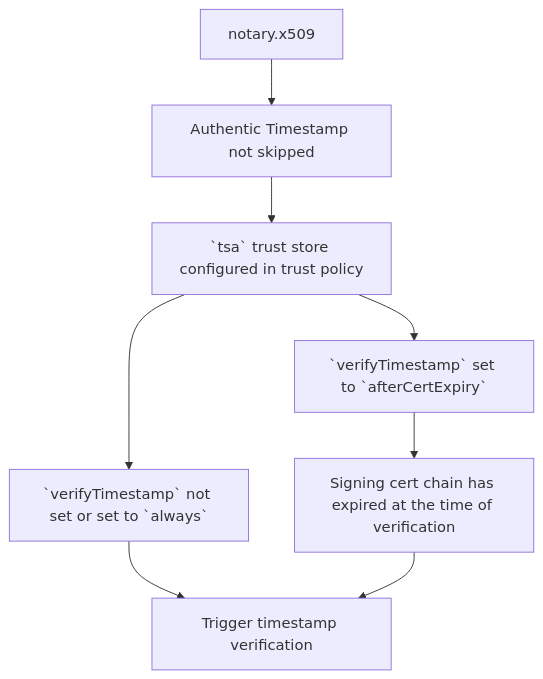
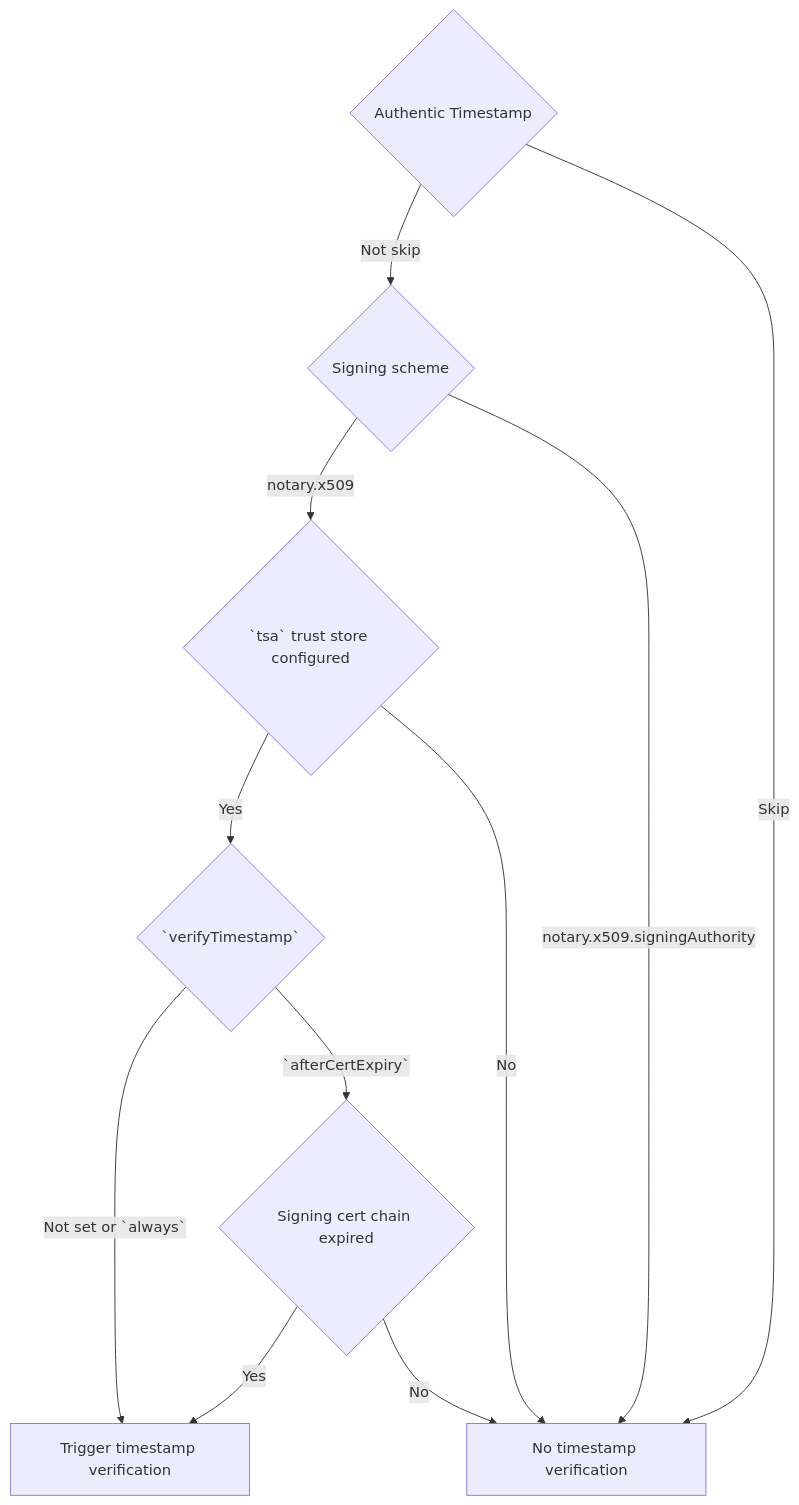
One commit to notaryproject/specifications changed the diagram in specs/trust-store-trust-policy.md. Above: the diagram before and after it, drawn with Mermaid. The commit also changed other lines of this file, not shown here.

Commit message:
added diagram for better understanding

````diff
--- a/specs/trust-store-trust-policy.md
+++ b/specs/trust-store-trust-policy.md
@@ -356,12 +356,21 @@
 ```mermaid
-flowchart TB;
-  A[notary.x509]; 
-  B[Authentic Timestamp not skipped];
-  C[`tsa` trust store configured in trust policy];
-  D1[`verifyTimestamp` not set or set to `always`];
-  D2[`verifyTimestamp` set to `afterCertExpiry`];
-  E[Signing cert chain has expired at the time of verification];
-  R[Trigger timestamp verification];
+flowchart TD;
+  A{Authentic Timestamp};
+  B{Signing scheme}; 
+  C{`tsa` trust store configured};
+  D{`verifyTimestamp`};
+  E{Signing cert chain expired};
+  R1[Trigger timestamp verification];
+  R2[No timestamp verification];
 
-  A-->B-->C-->D1 & D2; D1-->R; D2-->E-->R
+  A --> |Not skip| B
+  A --> |Skip| R2
+  B --> |notary.x509| C
+  B --> |notary.x509.signingAuthority| R2
+  C --> |Yes| D
+  C --> |No| R2
+  D --> |Not set or `always`| R1
+  D --> |`afterCertExpiry`| E
+  E --> |Yes| R1
+  E --> |No| R2
 ```   
````
